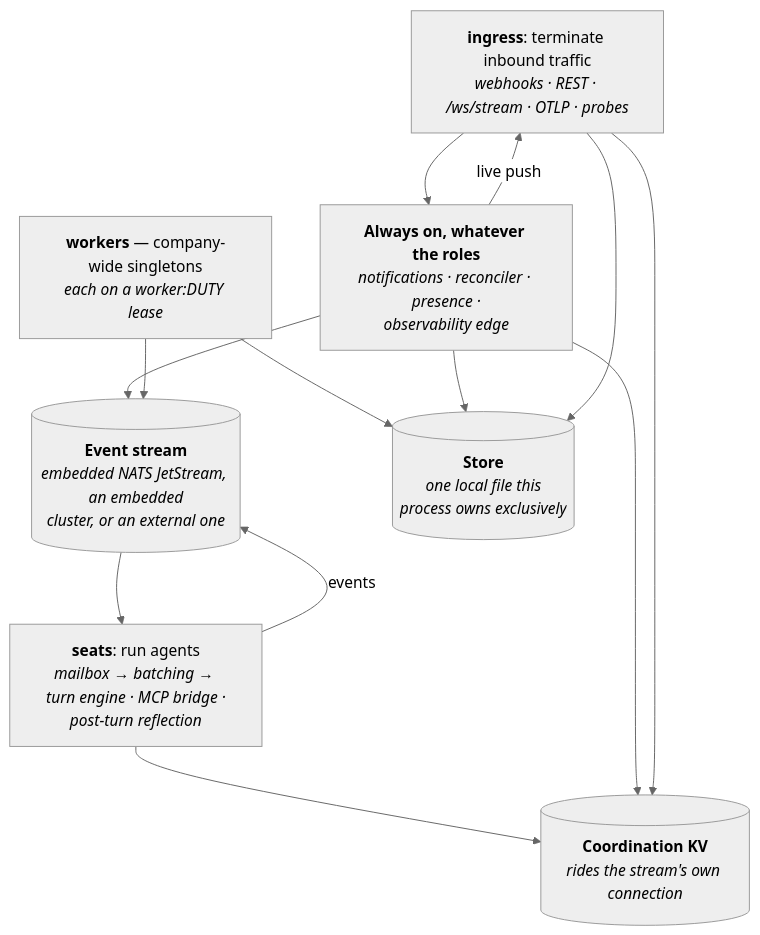
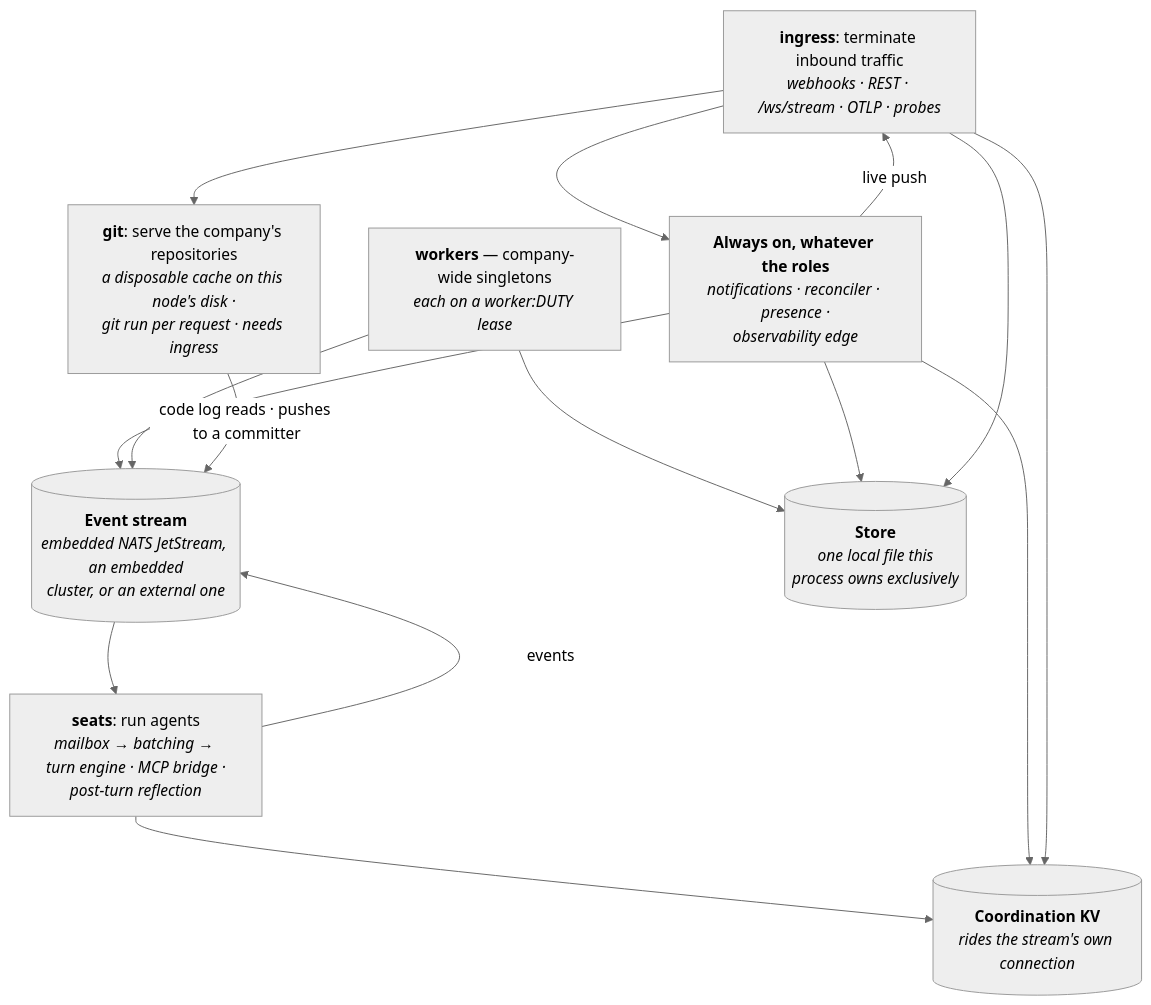
One commit to crewlet/crewlet changed the third of 10 diagrams in docs/concepts/architecture.md. Above: the diagram before and after it, drawn with Mermaid (neutral theme). The commit also changed other lines of this file and 73 other files, not shown here.

````diff
--- a/docs/concepts/architecture.md
+++ b/docs/concepts/architecture.md
@@ -113,21 +114,24 @@
 ```mermaid
 flowchart TB
     ING["<b>ingress</b>: terminate inbound traffic<br/><i>webhooks · REST · /ws/stream · OTLP · probes</i>"]
+    GIT["<b>git</b>: serve the company's repositories<br/><i>a disposable cache on this node's disk ·<br/>git run per request · needs ingress</i>"]
     ALWAYS["<b>Always on, whatever the roles</b><br/><i>notifications · reconciler · presence ·<br/>observability edge</i>"]
     SEATS["<b>seats</b>: run agents<br/><i>mailbox → batching → turn engine · MCP bridge ·<br/>post-turn reflection</i>"]
     WORK["<b>workers</b> — company-wide singletons<br/><i>each on a worker:DUTY lease</i>"]
     STREAM[("<b>Event stream</b><br/><i>embedded NATS JetStream, an embedded<br/>cluster, or an external one</i>")]
     KV[("<b>Coordination KV</b><br/><i>rides the stream's own connection</i>")]
     DB[("<b>Store</b><br/><i>one local file this<br/>process owns exclusively</i>")]
 
     ING --> ALWAYS --> STREAM --> SEATS
     SEATS -->|events| STREAM
     SEATS --> KV
     WORK --> STREAM
     WORK --> DB
     ALWAYS -->|"live push"| ING
     ALWAYS --> KV
     ALWAYS --> DB
     ING --> KV
     ING --> DB
+    ING --> GIT
+    GIT -->|"code log reads · pushes to a committer"| STREAM
 ```
````
